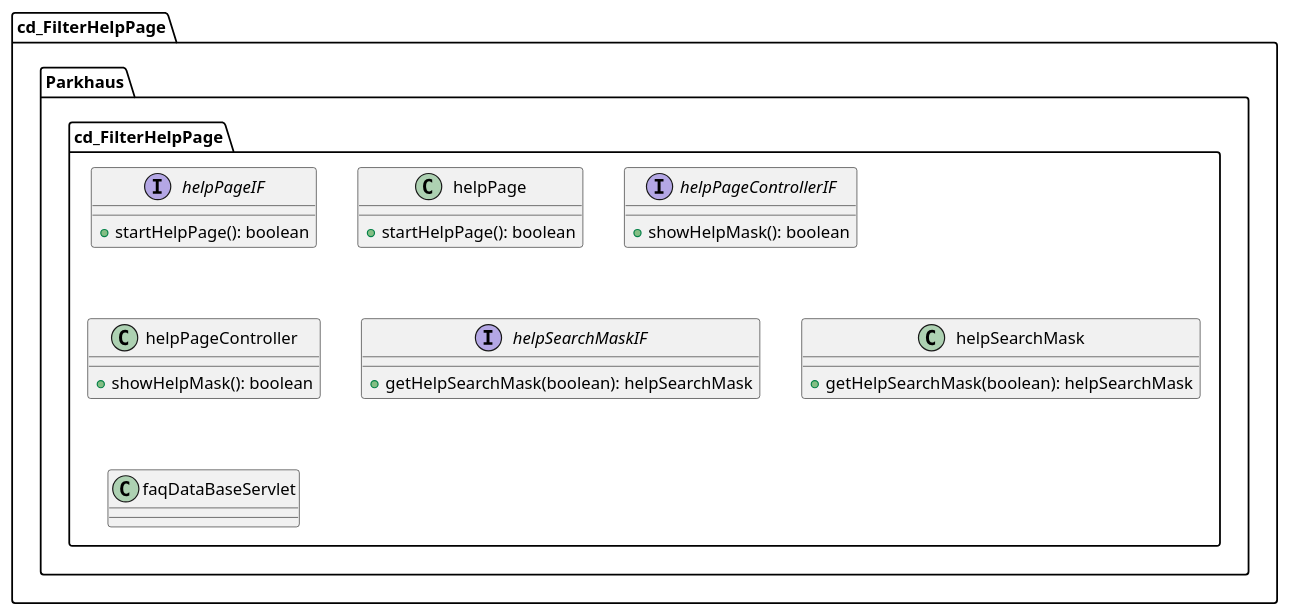
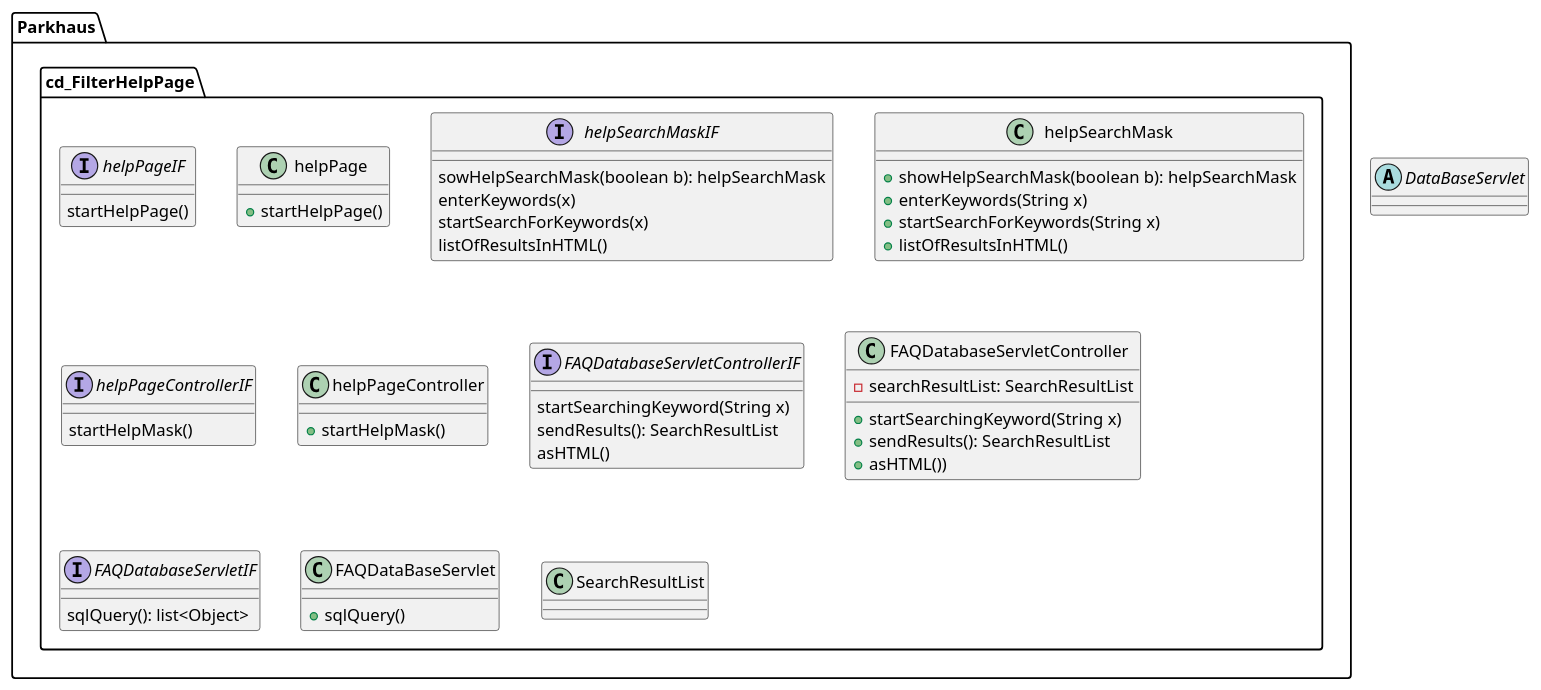
Before and after one commit to 1nbetw33n/Parkhaus_new: the diagram in src/main/team_space/exercise5/cd_FilterHelpPage.puml, drawn with PlantUML. The commit also changed 1 other file, not shown here.

Commit message:
Added methods + instance variables to cd_FilterHelpPage.puml Minor fixes in sd_FilterHelpPage.puml to equal cd_FilterHelpPage.puml

```diff
--- a/src/main/team_space/exercise5/cd_FilterHelpPage.puml
+++ b/src/main/team_space/exercise5/cd_FilterHelpPage.puml
@@ -1,46 +1,88 @@
 @startuml
 'https://plantuml.com/class-diagram
 
-package cd_FilterHelpPage {
+abstract class DataBaseServlet {
+}
 
     package Parkhaus {
 
         package cd_FilterHelpPage {
 
 
              interface helpPageIF {
-                 + startHelpPage(): boolean
+                startHelpPage()
              }
 
              class helpPage {
-                 + startHelpPage(): boolean
+                 + startHelpPage()
+             }
+
+
+             'the parameters makes the method failsafe
+             interface helpSearchMaskIF {
+                 sowHelpSearchMask(boolean b): helpSearchMask
+                 enterKeywords(x)
+                 startSearchForKeywords(x)
+                 listOfResultsInHTML()
+             }
+
+             class helpSearchMask {
+                 +showHelpSearchMask(boolean b): helpSearchMask
+                 +enterKeywords(String x)
+                 +startSearchForKeywords(String x)
+                 +listOfResultsInHTML()
              }
 
 
              interface helpPageControllerIF {
-                 + showHelpMask(): boolean
+                 startHelpMask()
              }
 
              class helpPageController {
-                 + showHelpMask(): boolean
+                 +startHelpMask()
              }
 
 
-             interface helpSearchMaskIF {
-                 + getHelpSearchMask(boolean): helpSearchMask
-                 'Up to debate and change Lukas 21.05.21
+             interface FAQDatabaseServletControllerIF {
+                  startSearchingKeyword(String x)
+                  sendResults(): SearchResultList
+                  asHTML()
              }
 
-             class helpSearchMask {
-                 + getHelpSearchMask(boolean): helpSearchMask
+             class FAQDatabaseServletController {
+                  -searchResultList: SearchResultList
+                  +startSearchingKeyword(String x)
+                  +sendResults(): SearchResultList
+                  +asHTML())
              }
 
 
-             class faqDataBaseServlet
+             interface FAQDatabaseServletIF {
+                  sqlQuery(): list<Object>
+
+             }
+
+             class FAQDataBaseServlet {
+                  +sqlQuery()
+             }
+
+
+             class SearchResultList {
+             }
+
+
+
+
+
+
+
+
+
+
 
 
          }
 
-    }
+
 
 @enduml
```
